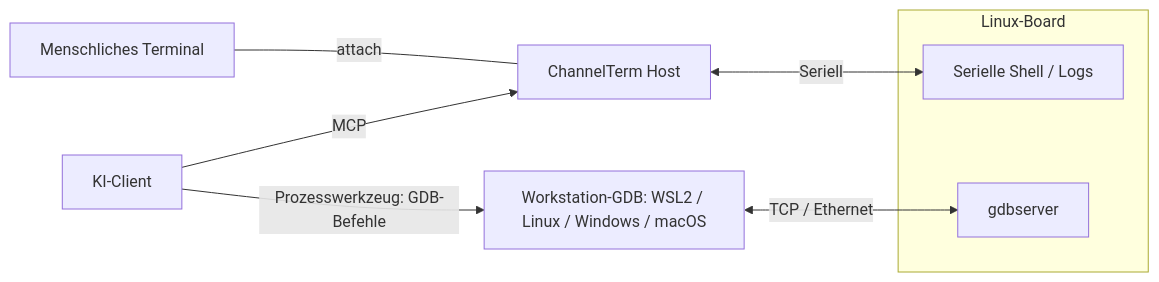
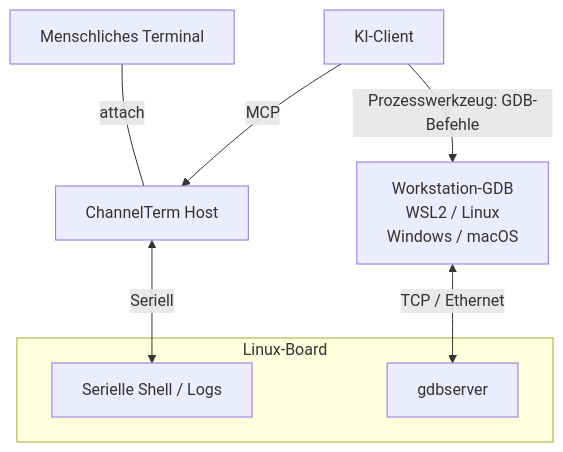
One commit to akira-init1/ChannelTerm changed the third of 3 diagrams in README.de.md. Above: the diagram before and after it, drawn with Mermaid. The commit also changed other lines of this file and 13 other files, not shown here.

First line of the commit message:
docs(diagrams): clarify shared terminal and debugger data flows

````diff
--- a/README.de.md
+++ b/README.de.md
@@ -303,16 +307,16 @@
 ```mermaid
-flowchart LR
+flowchart TB
     AI["KI-Client"]
     Human["Menschliches Terminal"]
     Host["ChannelTerm Host"]
-    GDB["Workstation-GDB: WSL2 / Linux / Windows / macOS"]
+    GDB["Workstation-GDB<br/>WSL2 / Linux<br/>Windows / macOS"]
     subgraph Board["Linux-Board"]
         Console["Serielle Shell / Logs"]
         Server["gdbserver"]
     end
     Human ---|"attach"| Host
     AI -->|"MCP"| Host
     AI -->|"Prozesswerkzeug: GDB-Befehle"| GDB
     Host <-->|"Seriell"| Console
     GDB <-->|"TCP / Ethernet"| Server
 ```
````
